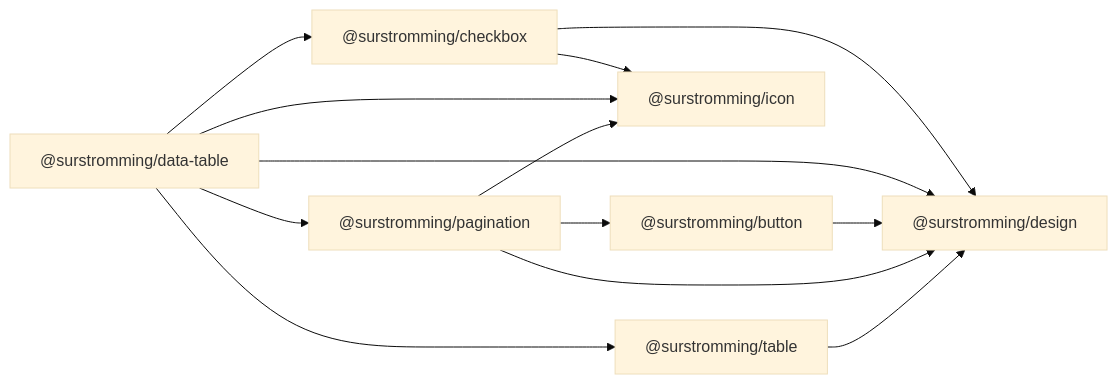
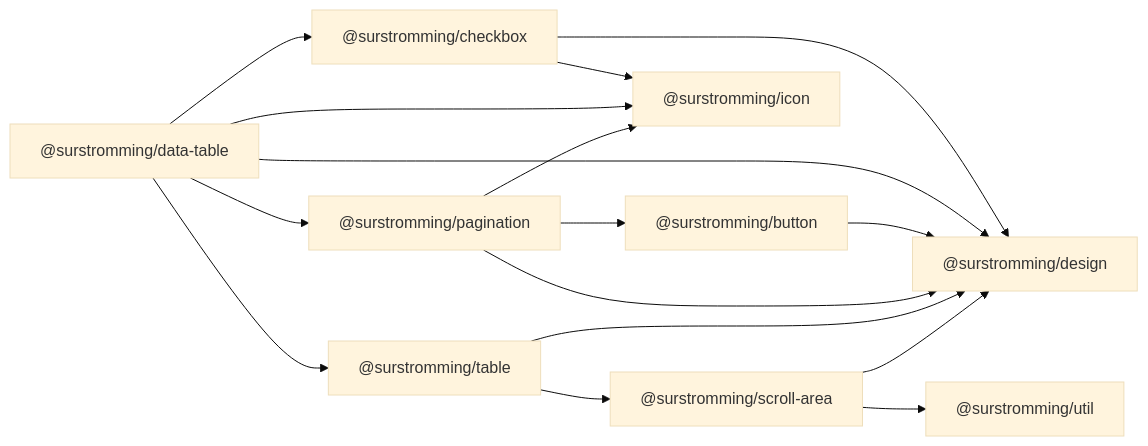
The diagram in packages/data-table/README.md (hackteck/surstromming), drawn with Mermaid (base theme) before and after one commit. The commit also changed 17 other files, not shown here.

````diff
--- a/packages/data-table/README.md
+++ b/packages/data-table/README.md
@@ -10,22 +10,27 @@
 ```mermaid
 graph LR
   data_table["@surstromming/data-table"]
   button["@surstromming/button"]
   checkbox["@surstromming/checkbox"]
   design["@surstromming/design"]
   icon["@surstromming/icon"]
   pagination["@surstromming/pagination"]
+  scroll_area["@surstromming/scroll-area"]
   table["@surstromming/table"]
+  util["@surstromming/util"]
   data_table --> checkbox
   checkbox --> design
   checkbox --> icon
   data_table --> design
   data_table --> icon
   data_table --> pagination
   pagination --> button
   button --> design
   pagination --> design
   pagination --> icon
   data_table --> table
   table --> design
+  table --> scroll_area
+  scroll_area --> design
+  scroll_area --> util
 ```
````
